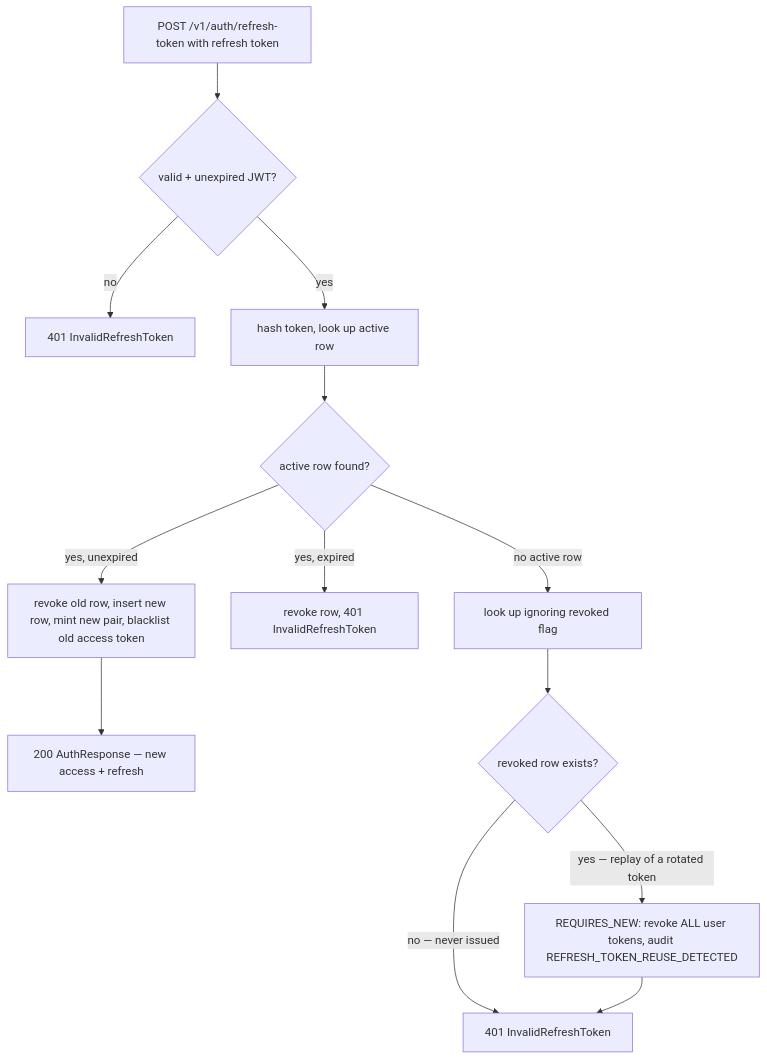
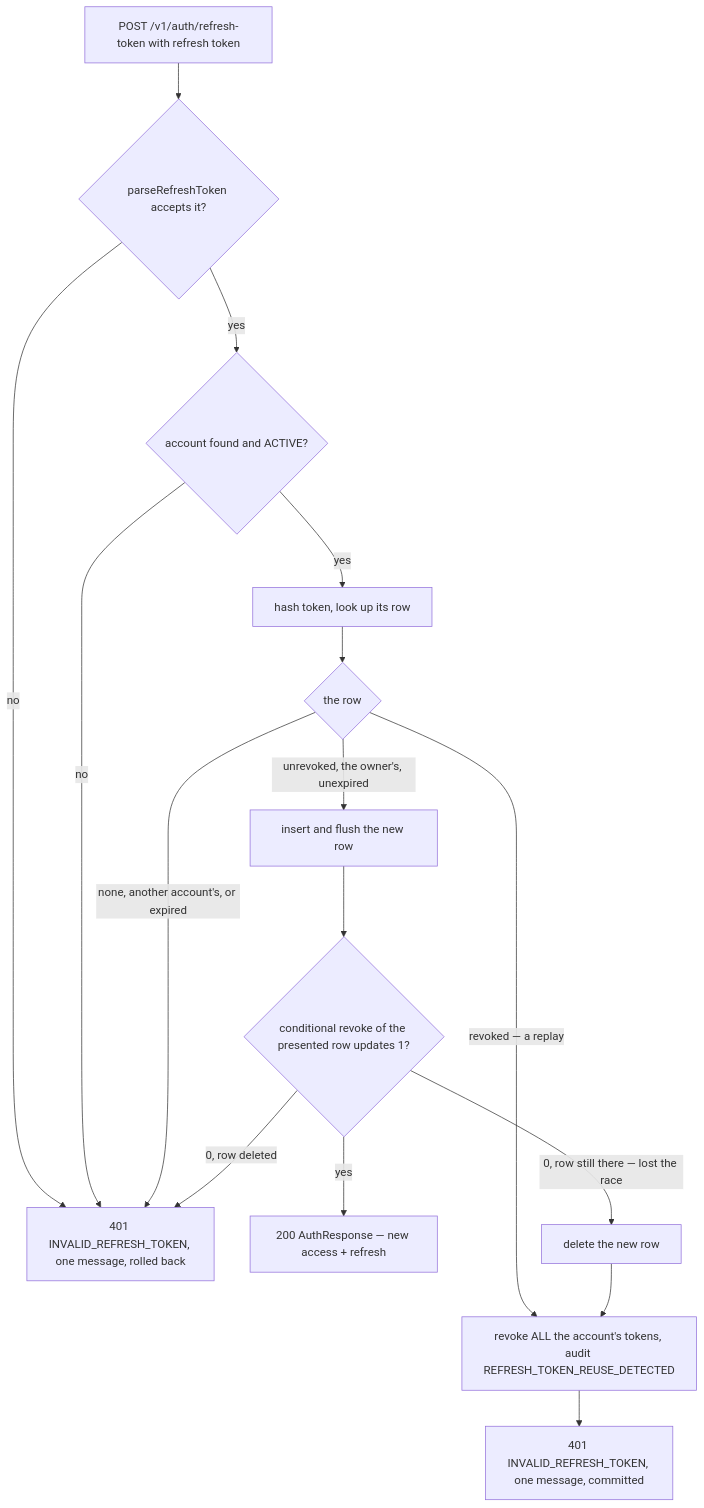
One commit to cropdoor/cropdoor-almanac changed the second of 2 diagrams in docs/auth/jwt-sessions-and-refresh.md. Above: the diagram before and after it, drawn with Mermaid. The commit also changed other lines of this file, not shown here.

````diff
--- a/docs/auth/jwt-sessions-and-refresh.md
+++ b/docs/auth/jwt-sessions-and-refresh.md
@@ -119,15 +144,18 @@
 ```mermaid
 flowchart TD
-    A["POST /v1/auth/refresh-token with refresh token"] --> V{"valid + unexpired JWT?"}
-    V -->|"no"| X["401 InvalidRefreshToken"]
-    V -->|"yes"| H["hash token, look up active row"]
-    H --> M{"active row found?"}
-    M -->|"yes, unexpired"| R["revoke old row, insert new row, mint new pair, blacklist old access token"]
-    R --> OK["200 AuthResponse — new access + refresh"]
-    M -->|"yes, expired"| E["revoke row, 401 InvalidRefreshToken"]
-    M -->|"no active row"| P["look up ignoring revoked flag"]
-    P --> Q{"revoked row exists?"}
-    Q -->|"yes — replay of a rotated token"| Z["REQUIRES_NEW: revoke ALL user tokens, audit REFRESH_TOKEN_REUSE_DETECTED"]
-    Q -->|"no — never issued"| Y["401 InvalidRefreshToken"]
-    Z --> Y
+    A["POST /v1/auth/refresh-token with refresh token"] --> V{"parseRefreshToken accepts it?"}
+    V -->|"no"| X["401 INVALID_REFRESH_TOKEN, one message, rolled back"]
+    V -->|"yes"| U{"account found and ACTIVE?"}
+    U -->|"no"| X
+    U -->|"yes"| H["hash token, look up its row"]
+    H --> M{"the row"}
+    M -->|"none, another account's, or expired"| X
+    M -->|"revoked — a replay"| Z["revoke ALL the account's tokens, audit REFRESH_TOKEN_REUSE_DETECTED"]
+    M -->|"unrevoked, the owner's, unexpired"| I["insert and flush the new row"]
+    I --> C{"conditional revoke of the presented row updates 1?"}
+    C -->|"yes"| OK["200 AuthResponse — new access + refresh"]
+    C -->|"0, row deleted"| X
+    C -->|"0, row still there — lost the race"| D["delete the new row"]
+    D --> Z
+    Z --> Y["401 INVALID_REFRESH_TOKEN, one message, committed"]
 ```
````
